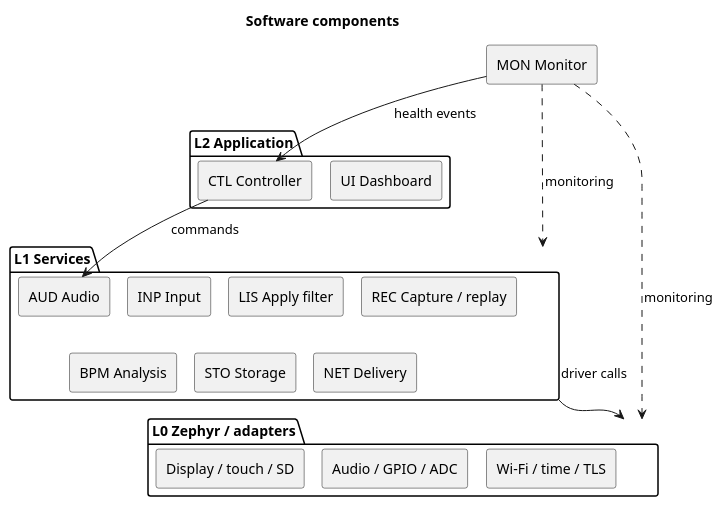
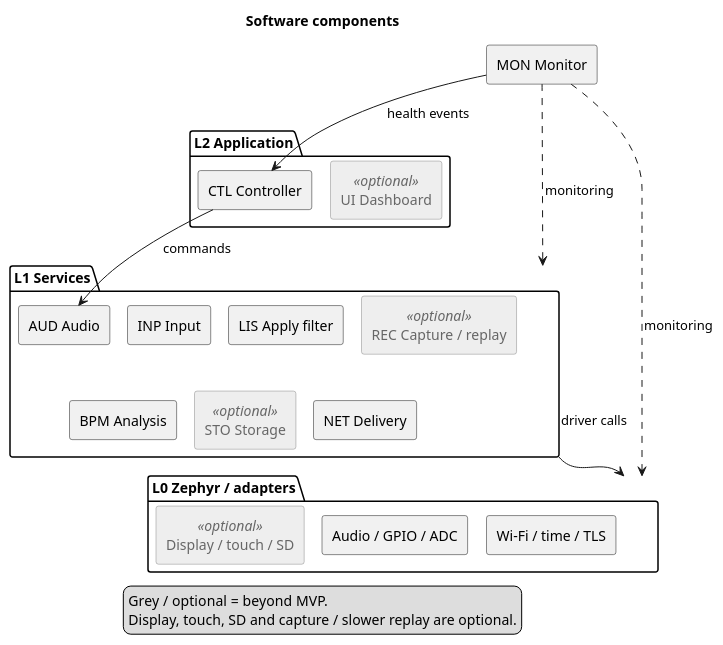
Before and after one commit to DemonicPsychoII/DigitalStethoscope: the diagram in Development/system/architecture/software-components.puml, drawn with PlantUML. The commit also changed 22 other files, not shown here.

First line of the commit message:
Document framework feasibility and distinguish optional MVP extensions

```diff
--- a/Development/system/architecture/software-components.puml
+++ b/Development/system/architecture/software-components.puml
@@ -1,43 +1,56 @@
 @startuml software_components
-' Updated by GPT-6.1-Sol on behalf of Nico running in T3 Code through Codex.
 !pragma layout smetana
 skinparam shadowing false
+skinparam component {
+ BackgroundColor<<optional>> #EEEEEE
+ BorderColor<<optional>> #888888
+ FontColor<<optional>> #666666
+}
+skinparam artifact {
+ BackgroundColor<<optional>> #EEEEEE
+ BorderColor<<optional>> #888888
+ FontColor<<optional>> #666666
+}
 skinparam componentStyle rectangle
 skinparam defaultFontName SansSerif
 title Software components
 top to bottom direction
 component "MON Monitor" as mon
 package "L2 Application" as app {
  component "CTL Controller" as ctl
- component "UI Dashboard" as ui
+ component "UI Dashboard" as ui <<optional>>
  ctl -[hidden]right-> ui
 }
 package "L1 Services" as services {
  component "INP Input" as inp
  component "AUD Audio" as aud
  component "LIS Apply filter" as lis
- component "REC Capture / replay" as rec
+ component "REC Capture / replay" as rec <<optional>>
  component "BPM Analysis" as bpm
- component "STO Storage" as sto
+ component "STO Storage" as sto <<optional>>
  component "NET Delivery" as net
  inp -[hidden]right-> aud
  aud -[hidden]right-> lis
  lis -[hidden]right-> rec
  inp -[hidden]down-> bpm
  bpm -[hidden]right-> sto
  sto -[hidden]right-> net
 }
 package "L0 Zephyr / adapters" as platform {
  component "Audio / GPIO / ADC" as io
- component "Display / touch / SD" as spi
+ component "Display / touch / SD" as spi <<optional>>
  component "Wi-Fi / time / TLS" as wifi
  io -[hidden]right-> spi
  spi -[hidden]right-> wifi
 }
 mon -down-> ctl : health events
 ctl -down-> aud : commands
 sto -[hidden]down-> spi
 services -down-> platform : driver calls
 mon ..> services : monitoring
 mon ..> platform : monitoring
+legend bottom
+  Grey / optional = beyond MVP.
+  Display, touch, SD and capture / slower replay are optional.
+endlegend
 @enduml
```
